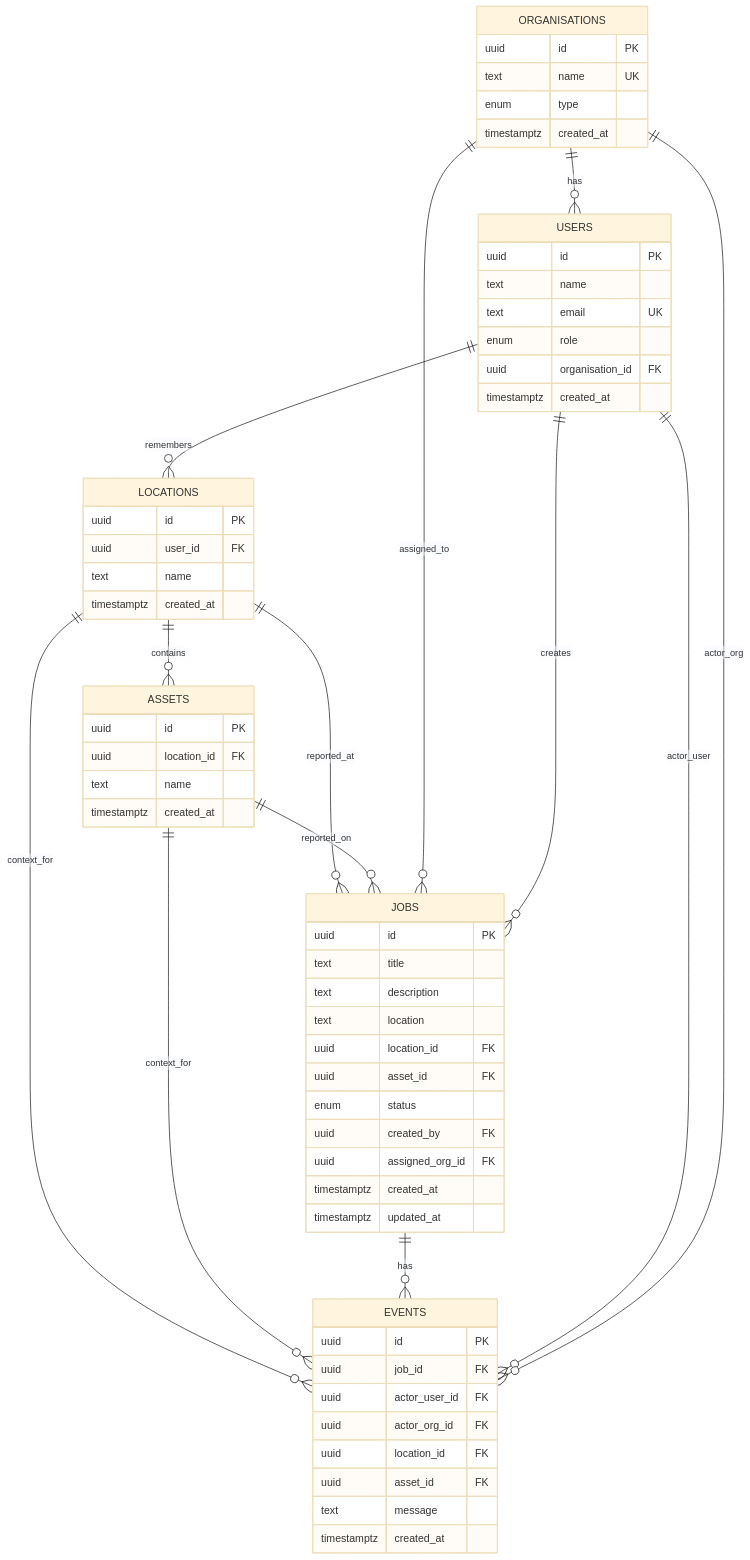
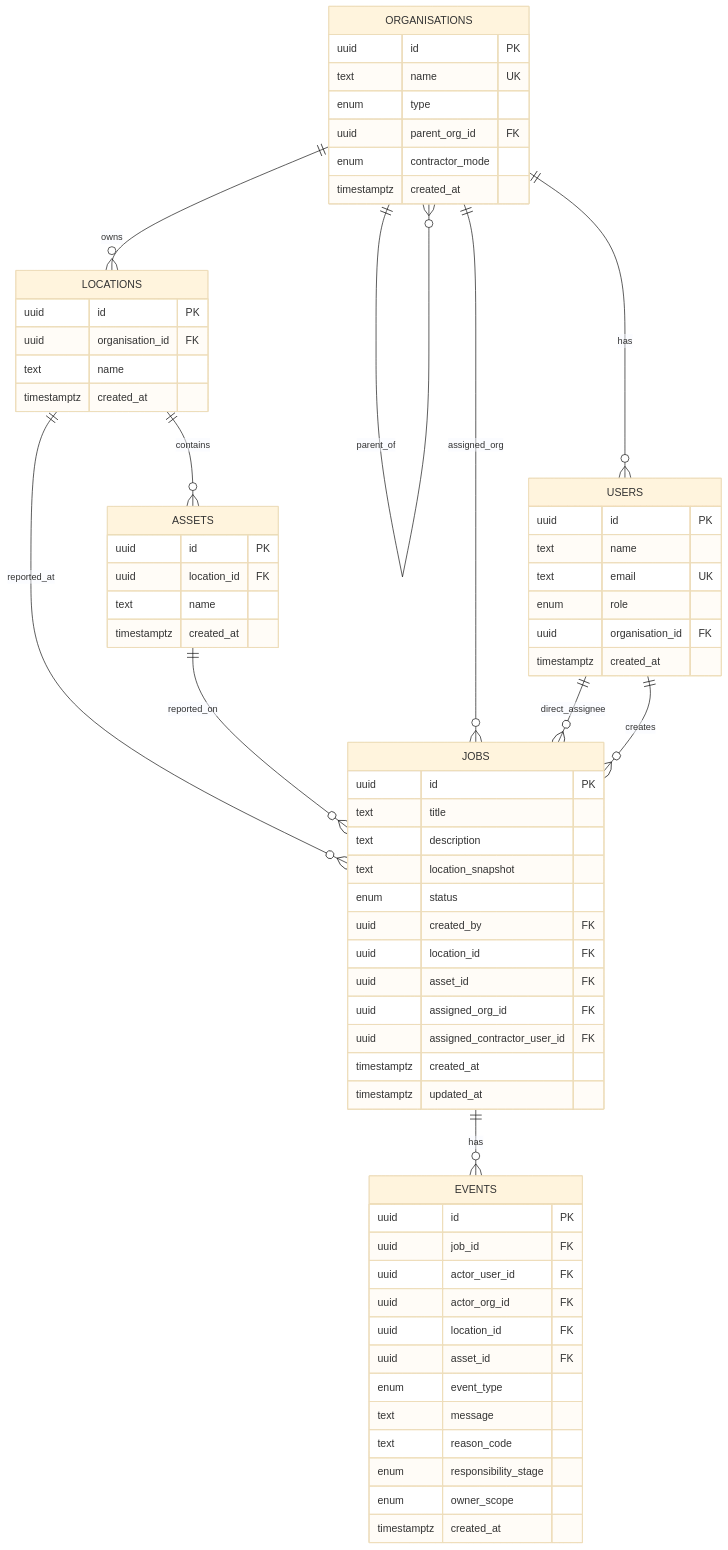
The first of 2 diagrams in README.md (papa-halan/fixhub-v1_r), drawn with Mermaid (base theme) before and after one commit. The commit also changed other lines of this file and 38 other files, not shown here.

````diff
--- a/README.md
+++ b/README.md
@@ -51,70 +59,75 @@
 ```mermaid
 erDiagram
-    LOCATIONS {
-        uuid id PK
-        uuid user_id FK
-        text name
-        timestamptz created_at
-    }
-
-    ASSETS {
-        uuid id PK
-        uuid location_id FK
-        text name
-        timestamptz created_at
-    }
-
     ORGANISATIONS {
         uuid id PK
         text name UK
         enum type
+        uuid parent_org_id FK
+        enum contractor_mode
         timestamptz created_at
     }
 
     USERS {
         uuid id PK
         text name
         text email UK
         enum role
         uuid organisation_id FK
         timestamptz created_at
     }
 
+    LOCATIONS {
+        uuid id PK
+        uuid organisation_id FK
+        text name
+        timestamptz created_at
+    }
+
+    ASSETS {
+        uuid id PK
+        uuid location_id FK
+        text name
+        timestamptz created_at
+    }
+
     JOBS {
         uuid id PK
         text title
         text description
-        text location
+        text location_snapshot
+        enum status
+        uuid created_by FK
         uuid location_id FK
         uuid asset_id FK
-        enum status
-        uuid created_by FK
         uuid assigned_org_id FK
+        uuid assigned_contractor_user_id FK
         timestamptz created_at
         timestamptz updated_at
     }
 
     EVENTS {
         uuid id PK
         uuid job_id FK
         uuid actor_user_id FK
         uuid actor_org_id FK
         uuid location_id FK
         uuid asset_id FK
+        enum event_type
         text message
+        text reason_code
+        enum responsibility_stage
+        enum owner_scope
         timestamptz created_at
     }
 
-    USERS ||--o{ LOCATIONS : remembers
+    ORGANISATIONS ||--o{ ORGANISATIONS : parent_of
+    ORGANISATIONS ||--o{ USERS : has
+    ORGANISATIONS ||--o{ LOCATIONS : owns
     LOCATIONS ||--o{ ASSETS : contains
     LOCATIONS ||--o{ JOBS : reported_at
     ASSETS ||--o{ JOBS : reported_on
-    LOCATIONS ||--o{ EVENTS : context_for
-    ASSETS ||--o{ EVENTS : context_for
-    ORGANISATIONS ||--o{ USERS : has
-    ORGANISATIONS ||--o{ JOBS : assigned_to
+    ORGANISATIONS ||--o{ JOBS : assigned_org
+    USERS ||--o{ JOBS : direct_assignee
     USERS ||--o{ JOBS : creates
     JOBS ||--o{ EVENTS : has
-    USERS ||--o{ EVENTS : actor_user
-    ORGANISATIONS ||--o{ EVENTS : actor_org
 ```
````
